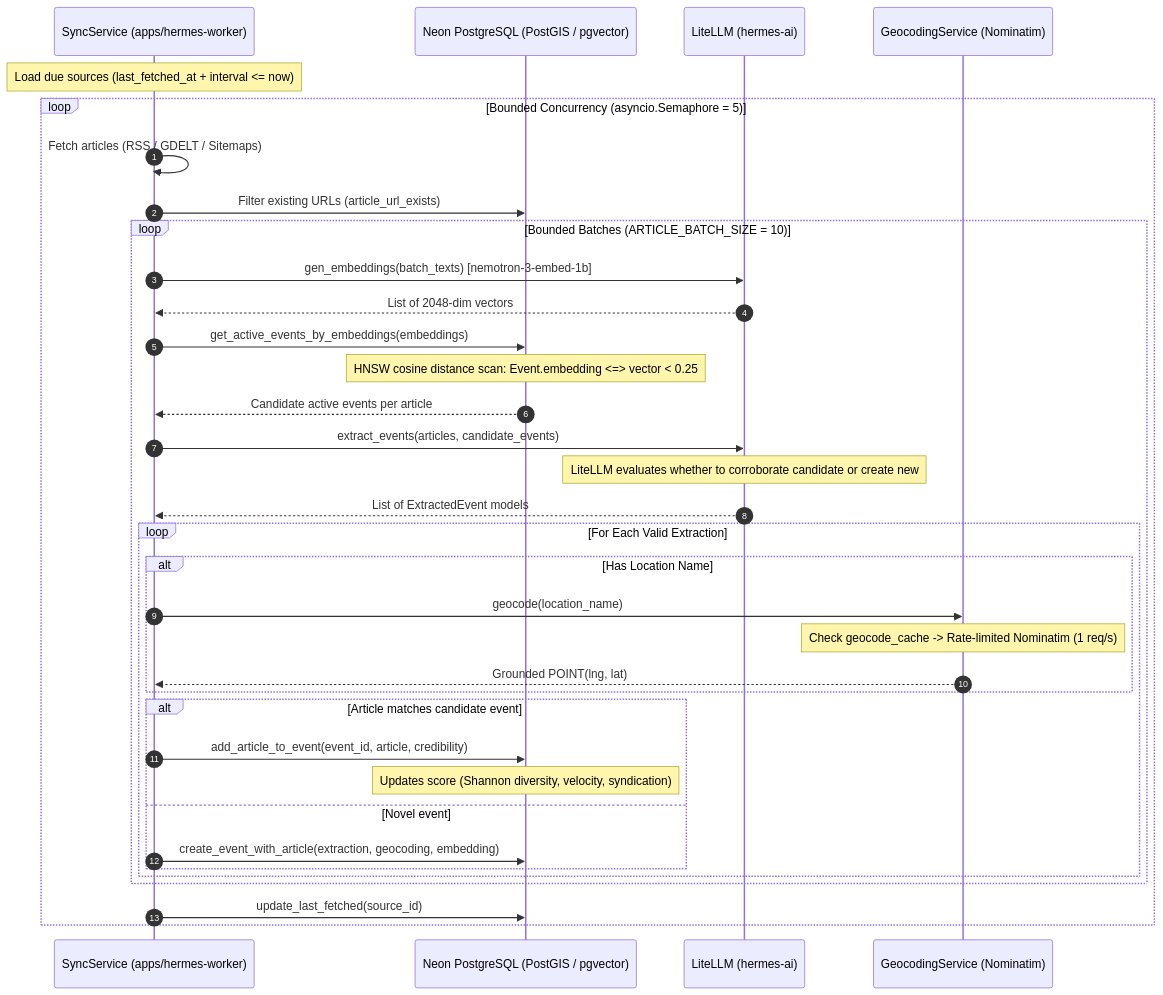
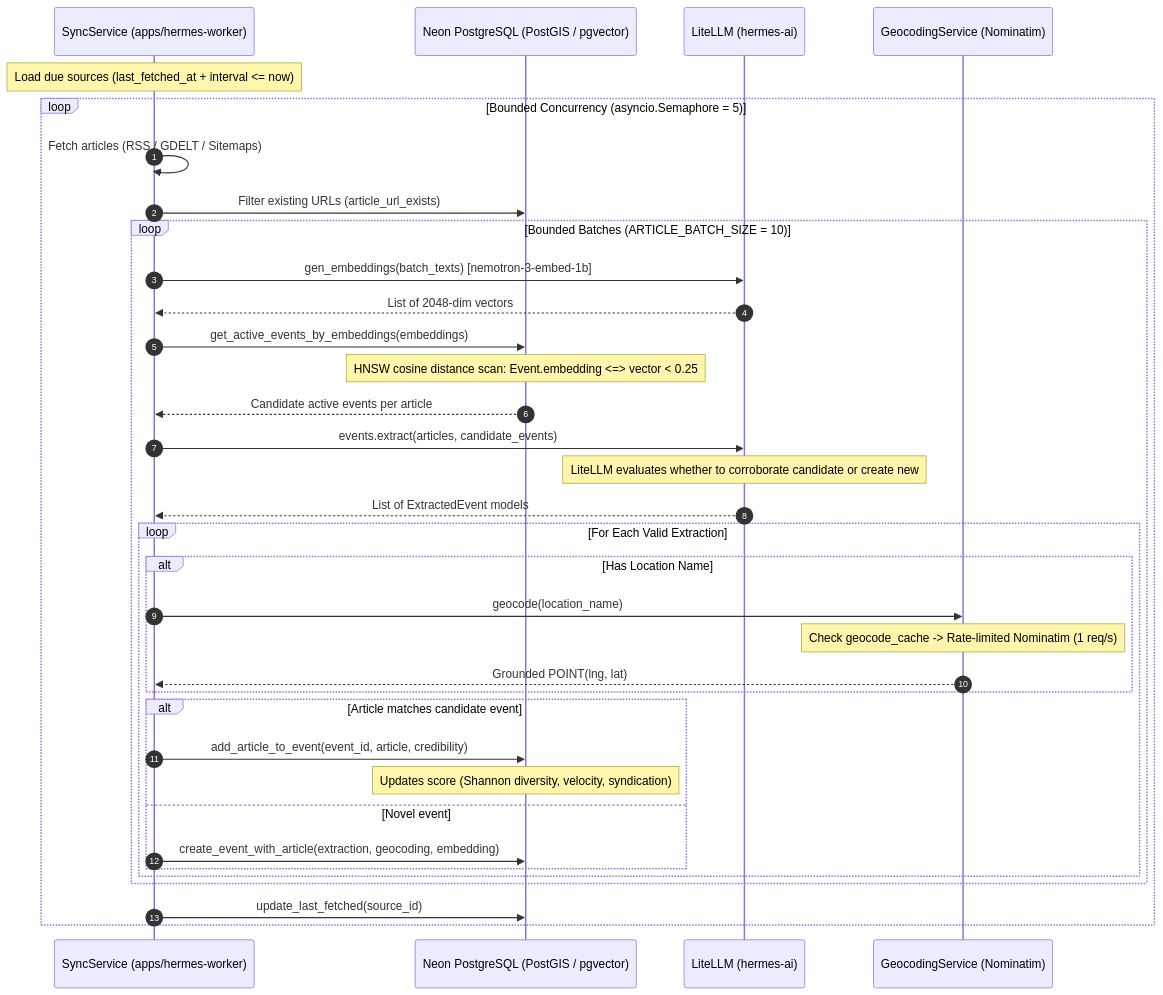
One commit to paavann/hermes changed the second of 3 diagrams in apps/hermes-worker/docs/architecture.md. Above: the diagram before and after it, drawn with Mermaid. The commit also changed 8 other files, not shown here.

````diff
--- a/apps/hermes-worker/docs/architecture.md
+++ b/apps/hermes-worker/docs/architecture.md
@@ -80,44 +80,44 @@
 ```mermaid
 sequenceDiagram
     autonumber
     participant W as SyncService (apps/hermes-worker)
     participant DB as Neon PostgreSQL (PostGIS / pgvector)
     participant AI as LiteLLM (hermes-ai)
     participant Nom as GeocodingService (Nominatim)
 
     Note over W: Load due sources (last_fetched_at + interval <= now)
     
     loop Bounded Concurrency (asyncio.Semaphore = 5)
         W->>W: Fetch articles (RSS / GDELT / Sitemaps)
         W->>DB: Filter existing URLs (article_url_exists)
         
         loop Bounded Batches (ARTICLE_BATCH_SIZE = 10)
             W->>AI: gen_embeddings(batch_texts) [nemotron-3-embed-1b]
             AI-->>W: List of 2048-dim vectors
             
             W->>DB: get_active_events_by_embeddings(embeddings)
             Note over DB: HNSW cosine distance scan: Event.embedding <=> vector < 0.25
             DB-->>W: Candidate active events per article
             
-            W->>AI: extract_events(articles, candidate_events)
+            W->>AI: events.extract(articles, candidate_events)
             Note over AI: LiteLLM evaluates whether to corroborate candidate or create new
             AI-->>W: List of ExtractedEvent models
             
             loop For Each Valid Extraction
                 alt Has Location Name
                     W->>Nom: geocode(location_name)
                     Note over Nom: Check geocode_cache -> Rate-limited Nominatim (1 req/s)
                     Nom-->>W: Grounded POINT(lng, lat)
                 end
                 
                 alt Article matches candidate event
                     W->>DB: add_article_to_event(event_id, article, credibility)
                     Note over DB: Updates score (Shannon diversity, velocity, syndication)
                 else Novel event
                     W->>DB: create_event_with_article(extraction, geocoding, embedding)
                 end
             end
         end
         W->>DB: update_last_fetched(source_id)
     end
 ```
````
